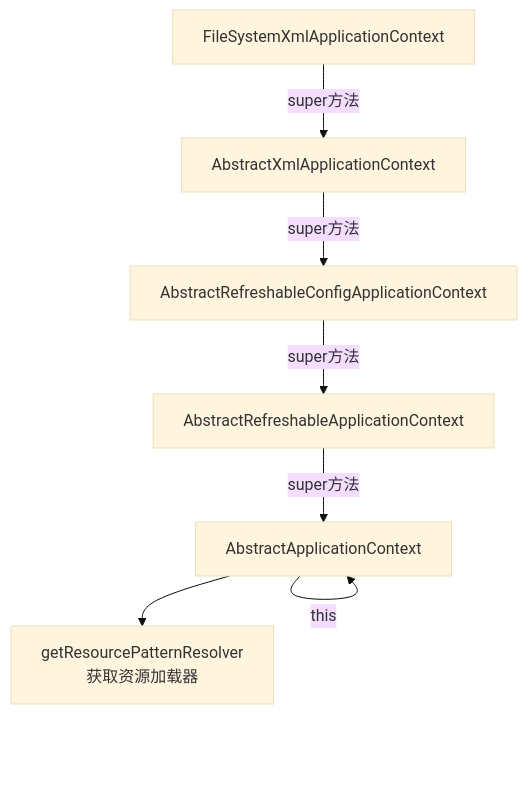
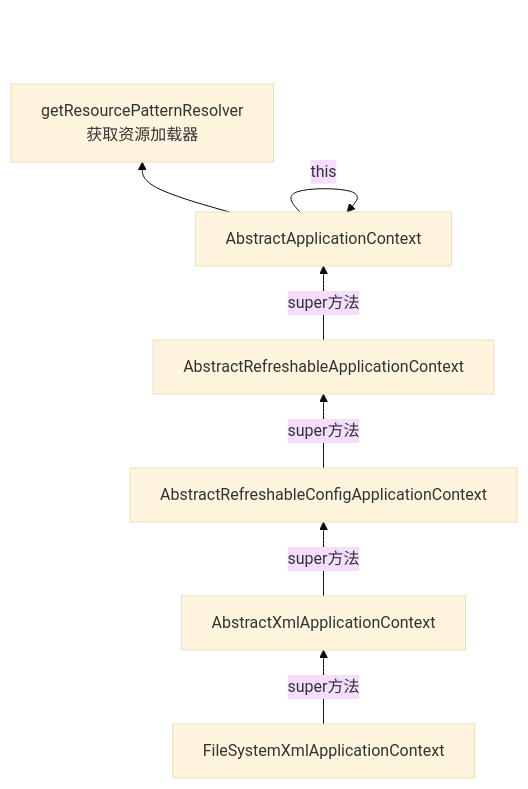
One commit to ubuntuvim/xcoding changed the fifth of 7 diagrams in source/_posts/Spring/Spring Framework.md. Above: the diagram before and after it, drawn with Mermaid (base theme). The commit also changed other lines of this file and 7 other files, not shown here.

````diff
--- a/source/_posts/Spring/Spring Framework.md
+++ b/source/_posts/Spring/Spring Framework.md
@@ -336,10 +266,10 @@
 ```mermaid
-graph TB
+graph BT
 
 FileSystemXmlApplicationContext -->|super方法| AbstractXmlApplicationContext
 AbstractXmlApplicationContext -->|super方法| AbstractRefreshableConfigApplicationContext
 AbstractRefreshableConfigApplicationContext -->|super方法| AbstractRefreshableApplicationContext
 AbstractRefreshableApplicationContext -->|super方法| AbstractApplicationContext
 AbstractApplicationContext --> |this| AbstractApplicationContext
 AbstractApplicationContext --> getResourcePatternResolver获取资源加载器
 ```
````
